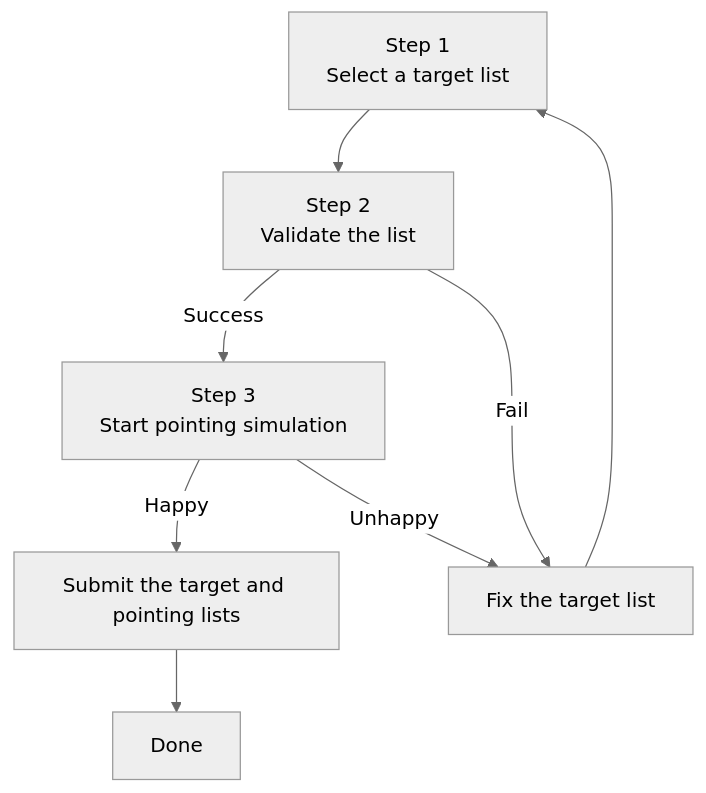
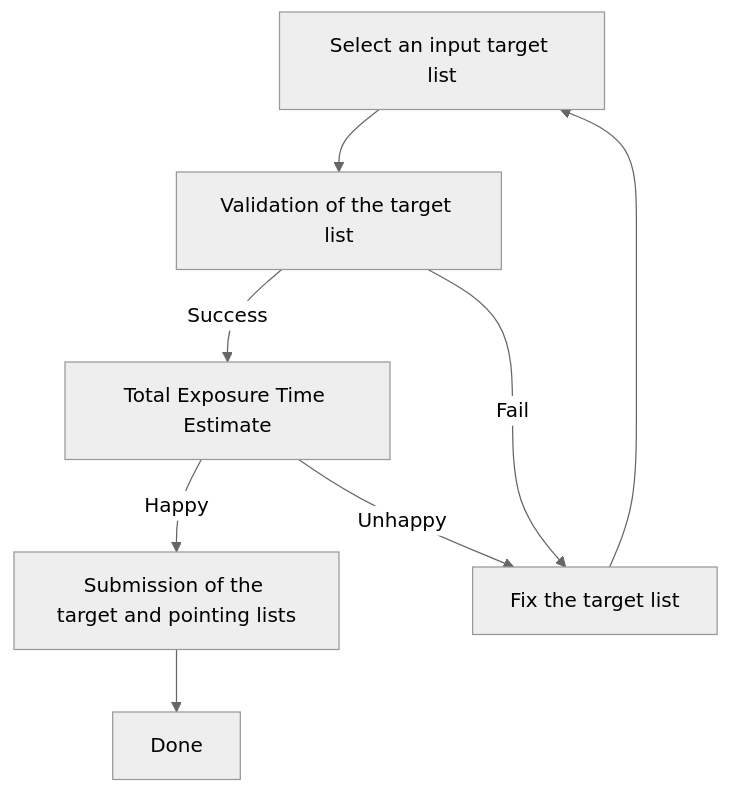
One commit to Subaru-PFS/spt_target_uploader changed the diagram in docs/docs/index.md. Above: the diagram before and after it, drawn with Mermaid (neutral theme). The commit also changed other lines of this file and 2 other files, not shown here.

Commit message:
change url for the production site

````diff
--- a/docs/docs/index.md
+++ b/docs/docs/index.md
@@ -7,10 +7,10 @@
 ```mermaid
 graph TD
-  select_file[Step 1\nSelect a target list] --> validate[Step 2\nValidate the list];
-  validate -->|Success| run_ppp[Step 3\nStart pointing simulation];
+  select_file[Select an input target list] --> validate[Validation of the target list];
+  validate -->|Success| run_ppp[Total Exposure Time Estimate];
   validate -->|Fail| fix_errors[Fix the target list];
   fix_errors --> select_file;
-  run_ppp -->|Happy| submit_results[Submit the target and pointing lists];
+  run_ppp -->|Happy| submit_results[Submission of the target and pointing lists];
   run_ppp -->|Unhappy| fix_errors;
   submit_results --> done[Done];
 ```
````
